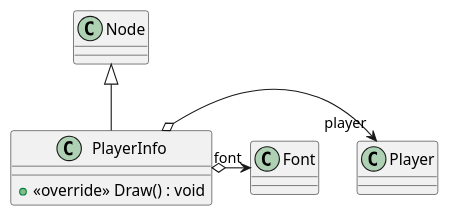
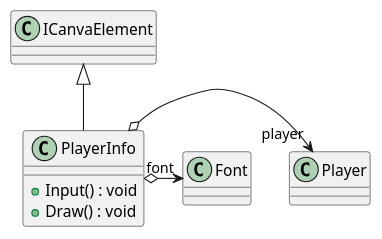
The diagram in uml/SweeperRpg/Src/UI/PlayerInfo.puml (Reroll-inc/sweeper-rpg), drawn with PlantUML before and after one commit. The commit also changed 26 other files, not shown here.

Commit message:
regenerate uml

```diff
--- a/uml/SweeperRpg/Src/UI/PlayerInfo.puml
+++ b/uml/SweeperRpg/Src/UI/PlayerInfo.puml
@@ -1,8 +1,9 @@
 @startuml
 class PlayerInfo {
-    + <<override>> Draw() : void
+    + Input() : void
+    + Draw() : void
 }
-Node <|-- PlayerInfo
+ICanvaElement <|-- PlayerInfo
 PlayerInfo o-> "player" Player
 PlayerInfo o-> "font" Font
 @enduml
```
